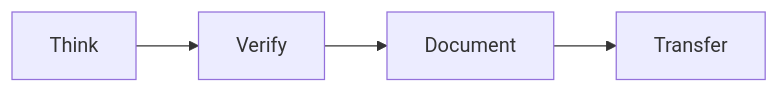
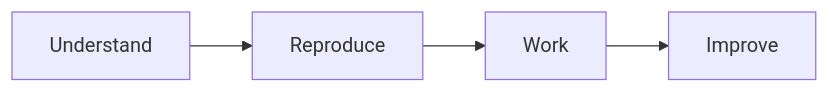
Before and after one commit to raycg/Open-Research-Playbook: the first of 2 diagrams in 03-student-onboarding.md, drawn with Mermaid. The commit also changed other lines of this file, not shown here.

````diff
--- a/03-student-onboarding.md
+++ b/03-student-onboarding.md
@@ -40,6 +36,11 @@
 ```mermaid
 graph LR
-    T[Think] --> V[Verify]
-    V --> D[Document]
-    D --> TR[Transfer]
+    U[Understand]
+    R[Reproduce]
+    W[Work]
+    I[Improve]
+
+    U --> R
+    R --> W
+    W --> I
 ```
````
